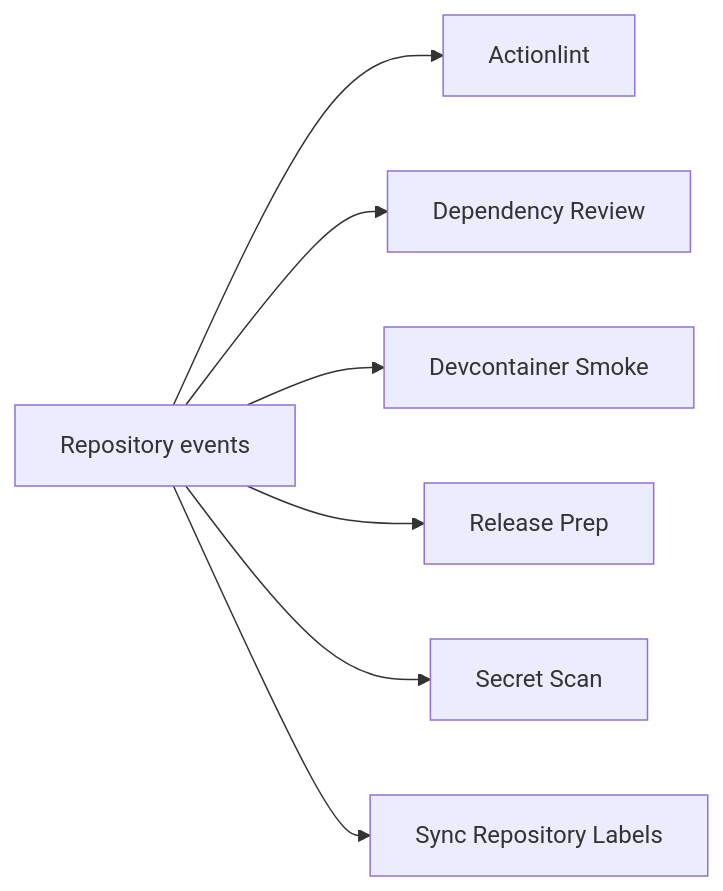
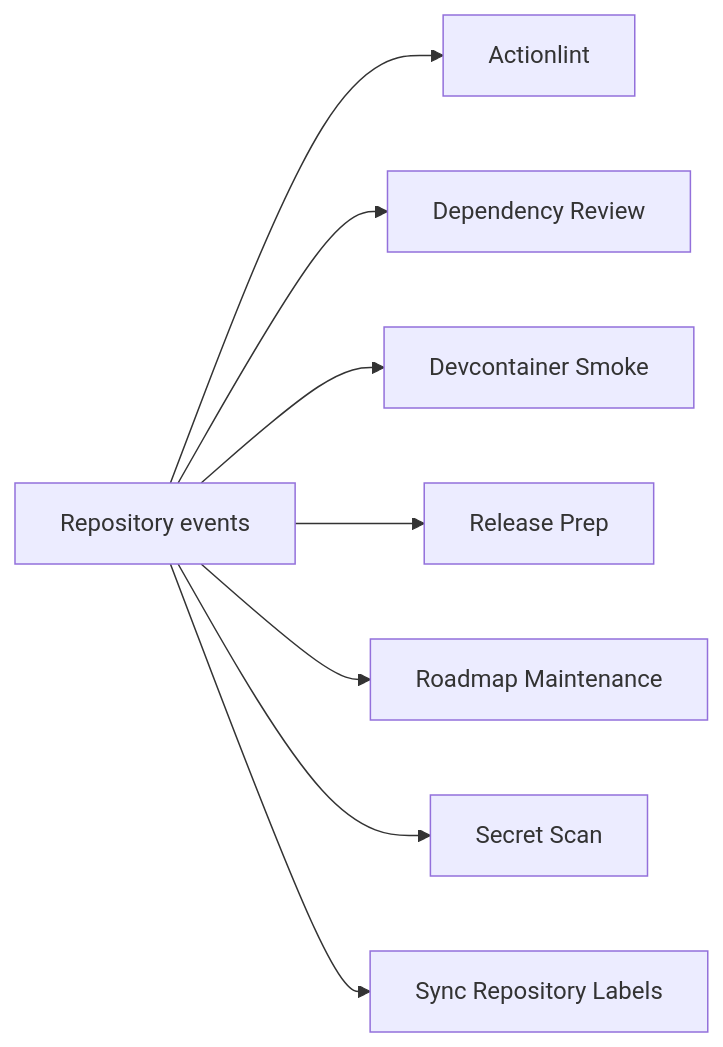
One commit to danigutsch/ViajantesTurismo changed the second of 3 diagrams in docs/architecture/ci-validation-flows.md. Above: the diagram before and after it, drawn with Mermaid. The commit also changed 34 other files, not shown here.

Commit message:
ci(roadmap): add protected maintenance workflow

````diff
--- a/docs/architecture/ci-validation-flows.md
+++ b/docs/architecture/ci-validation-flows.md
@@ -63,16 +63,18 @@
 ```mermaid
 flowchart LR
     repo[Repository events]
     actionlint[Actionlint]
     repo --> actionlint
     dependency_review[Dependency Review]
     repo --> dependency_review
     devcontainer_smoke[Devcontainer Smoke]
     repo --> devcontainer_smoke
     release_prep[Release Prep]
     repo --> release_prep
+    roadmap_maintenance[Roadmap Maintenance]
+    repo --> roadmap_maintenance
     secret_scan[Secret Scan]
     repo --> secret_scan
     sync_labels[Sync Repository Labels]
     repo --> sync_labels
 ```
````
